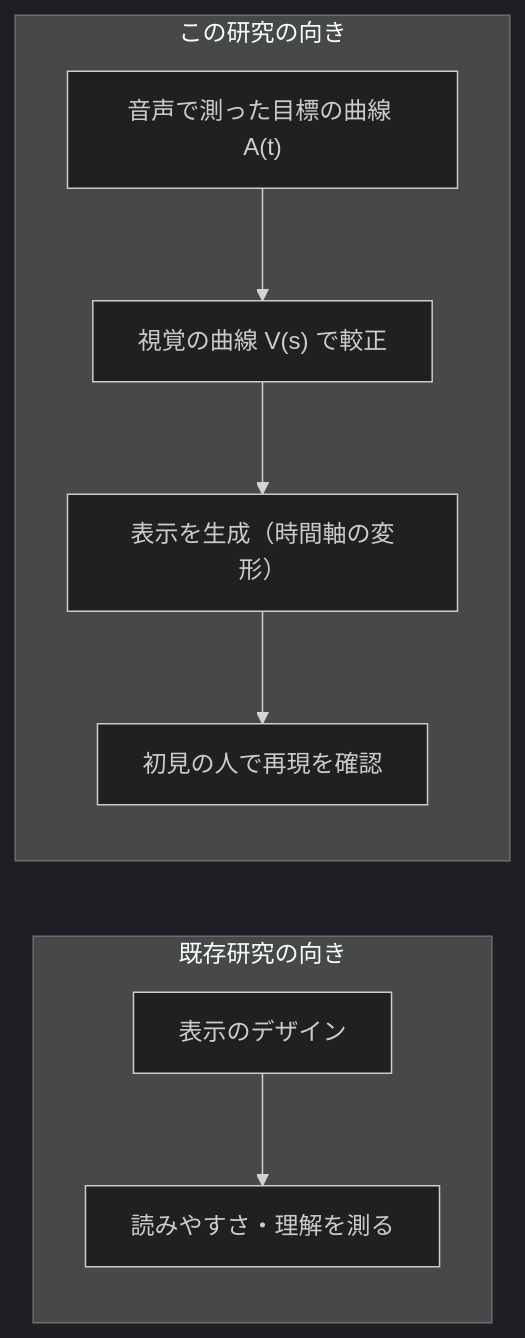
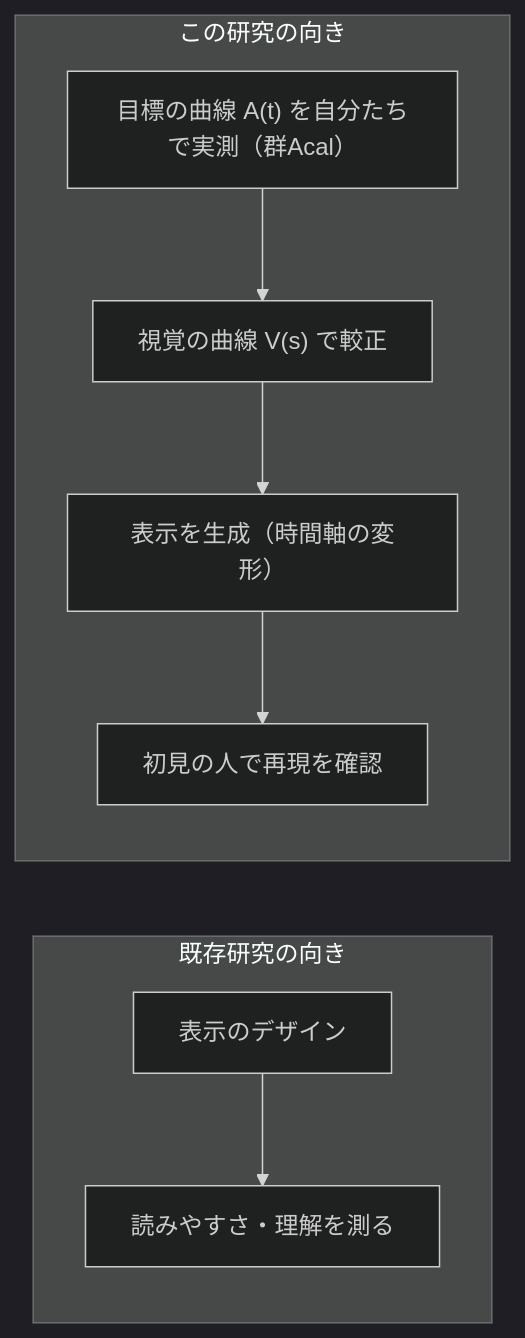
The first of 4 diagrams in project/実験計画書_転写検証.md (g19922ma/iFont), drawn with Mermaid (dark theme) before and after one commit. The commit also changed other lines of this file, not shown here.

Commit message:
図1の補足: A(t)/V(s)は本実験で実測(既存研究から借りるのは方法のみ)と明記

````diff
--- a/project/実験計画書_転写検証.md
+++ b/project/実験計画書_転写検証.md
@@ -31,9 +31,9 @@
 ```mermaid
 flowchart LR
   subgraph 既存研究の向き
     a1[表示のデザイン] --> a2[読みやすさ・理解を測る]
   end
   subgraph この研究の向き
-    b1["音声で測った目標の曲線 A(t)"] --> b2["視覚の曲線 V(s) で較正"] --> b3["表示を生成（時間軸の変形）"] --> b4["初見の人で再現を確認"]
+    b1["目標の曲線 A(t) を自分たちで実測（群Acal）"] --> b2["視覚の曲線 V(s) で較正"] --> b3["表示を生成（時間軸の変形）"] --> b4["初見の人で再現を確認"]
   end
 ```
````
